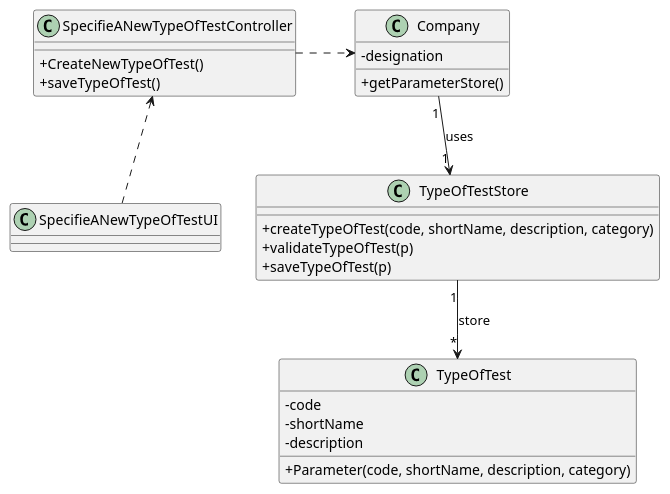
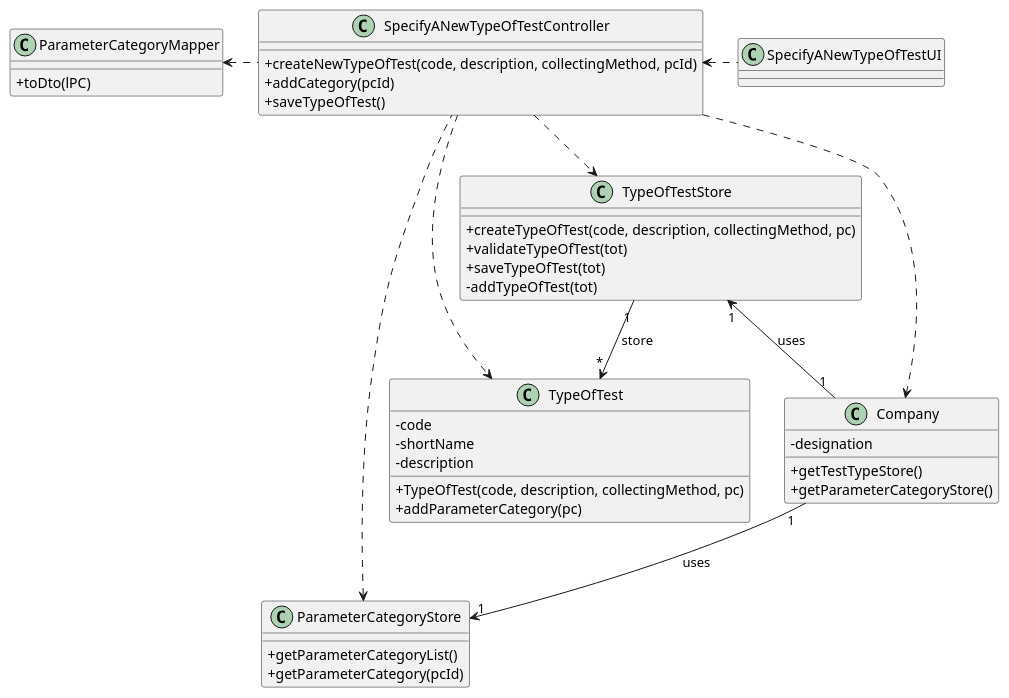
One commit to GuilhermeCunha79/lapr2 changed the diagram in docs/SprintC/US9/UC9_CD.puml. Above: the diagram before and after it, drawn with PlantUML. The commit also changed other lines of this file and 57 other files, not shown here.

Commit message:
[US-9] Great Improvements to the US-9 documentation diagrams and code [US-8] Great Improvements to the US-8 documentation and diagrams [API] Added all 3 APIs needed for US5 & US12

```diff
--- a/docs/SprintC/US9/UC9_CD.puml
+++ b/docs/SprintC/US9/UC9_CD.puml
@@ -1,38 +1,55 @@
 @startuml
 'https://plantuml.com/sequence-diagram
 skinparam classAttributeIconSize 0
 
-class SpecifieANewTypeOfTestUI{
+class SpecifyANewTypeOfTestUI{
 }
 
-class SpecifieANewTypeOfTestController{
-    +CreateNewTypeOfTest()
+class SpecifyANewTypeOfTestController{
+    +createNewTypeOfTest(code, description, collectingMethod, pcId)
+    +addCategory(pcId)
     +saveTypeOfTest()
 }
 
 class Company{
 	-designation
-	+getParameterStore()
+	+getTestTypeStore()
+	+getParameterCategoryStore()
 }
 
 class TypeOfTest{
     -code
     -shortName
     -description
-    +Parameter(code, shortName, description, category)
+    +TypeOfTest(code, description, collectingMethod, pc)
+    +addParameterCategory(pc)
 }
 
 class TypeOfTestStore{
-    +createTypeOfTest(code, shortName, description, category)
-    +validateTypeOfTest(p)
-    +saveTypeOfTest(p)
+    +createTypeOfTest(code, description, collectingMethod, pc)
+    +validateTypeOfTest(tot)
+    +saveTypeOfTest(tot)
+    -addTypeOfTest(tot)
+}
+
+class ParameterCategoryStore {
+    +getParameterCategoryList()
+    +getParameterCategory(pcId)
+}
+
+class ParameterCategoryMapper {
+    +toDto(lPC)
 }
 
 
 
- SpecifieANewTypeOfTestController  <.down. SpecifieANewTypeOfTestUI
-SpecifieANewTypeOfTestController .right.> Company
-Company"1" --> "1"TypeOfTestStore : uses
+SpecifyANewTypeOfTestController  <.right. SpecifyANewTypeOfTestUI
+SpecifyANewTypeOfTestController .right.> Company
+Company"1" -up-> "1"TypeOfTestStore : uses
+Company"1" --> "1"ParameterCategoryStore : uses
 TypeOfTestStore"1" --> "*"TypeOfTest : store
-
+SpecifyANewTypeOfTestController .up.> ParameterCategoryStore
+SpecifyANewTypeOfTestController .left.> ParameterCategoryMapper
+SpecifyANewTypeOfTestController ..> TypeOfTestStore
+SpecifyANewTypeOfTestController ..> TypeOfTest
 @enduml
```
